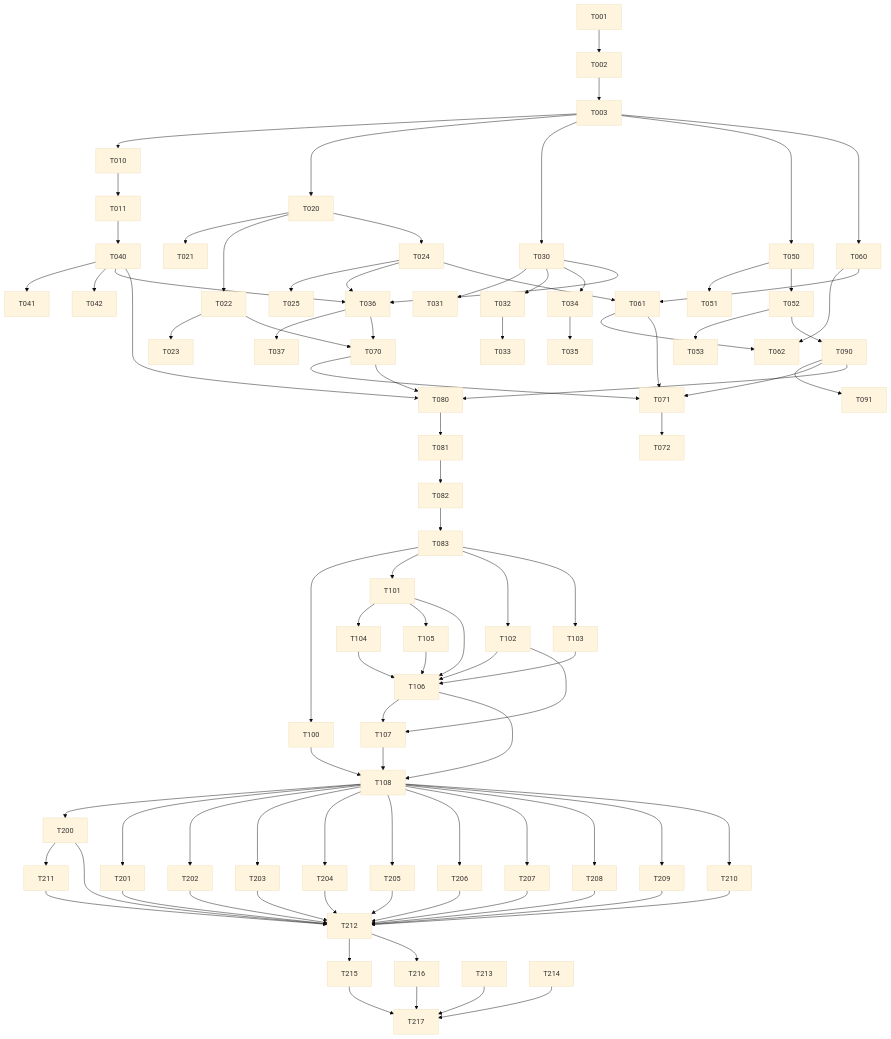
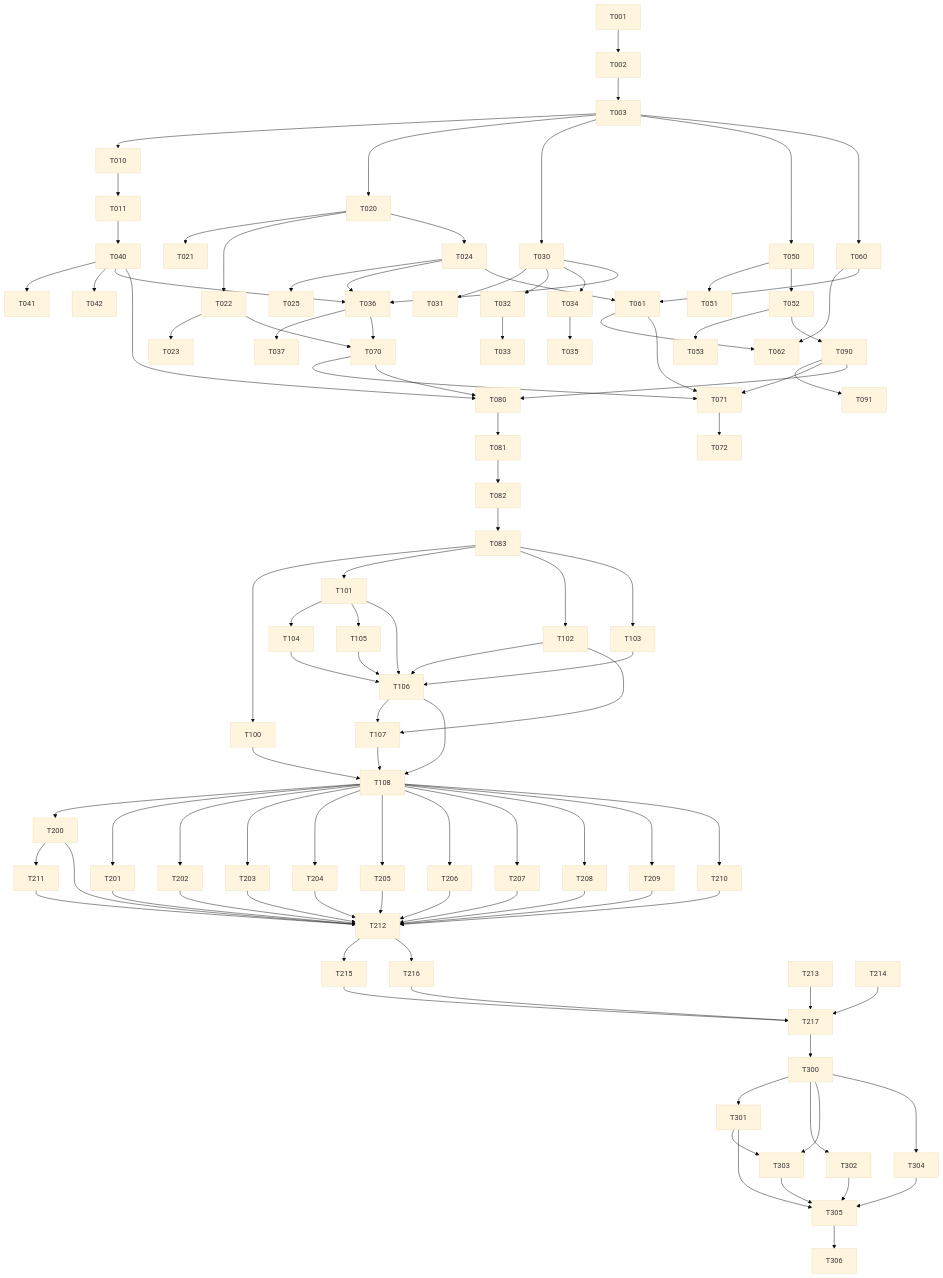
Before and after one commit to cataIystdev/catalib: the diagram in docs/plans/task-plan.md, drawn with Mermaid (base theme). The commit also changed other lines of this file and 3 other files, not shown here.

````diff
--- a/docs/plans/task-plan.md
+++ b/docs/plans/task-plan.md
@@ -846,50 +935,54 @@
 ```mermaid
 graph TD
   T001 --> T002 --> T003
   T003 --> T010 --> T011 --> T040 --> T041
   T040 --> T042
   T003 --> T020 --> T021
   T020 --> T022 --> T023
   T020 --> T024 --> T025
   T003 --> T030 --> T031
   T030 --> T032 --> T033
   T030 --> T034 --> T035
   T030 --> T036 --> T037
   T040 --> T036
   T024 --> T036
   T003 --> T050 --> T051
   T050 --> T052 --> T053
   T003 --> T060 --> T062
   T060 --> T061 --> T062
   T024 --> T061
   T022 --> T070
   T036 --> T070 --> T071 --> T072
   T061 --> T071
   T052 --> T090 --> T091
   T090 --> T071
   T070 --> T080
   T090 --> T080
   T040 --> T080
   T080 --> T081
   T081 --> T082 --> T083
   T083 --> T100
   T083 --> T101 --> T104
   T101 --> T105
   T101 --> T106
   T083 --> T102 --> T106
   T083 --> T103 --> T106
   T104 --> T106
   T105 --> T106
   T102 --> T107
   T106 --> T107
   T100 --> T108
   T106 --> T108
   T107 --> T108
   T108 --> T200 & T201 & T202 & T203 & T204 & T205 & T206 & T207 & T208 & T209 & T210
   T200 --> T211
   T200 & T201 & T202 & T203 & T204 & T205 & T206 & T207 & T208 & T209 & T210 & T211 --> T212
   T212 --> T215 --> T217
   T212 --> T216 --> T217
   T213 --> T217
   T214 --> T217
+  T217 --> T300
+  T300 --> T301 & T302 & T303 & T304
+  T301 --> T303
+  T301 & T302 & T303 & T304 --> T305 --> T306
 ```
````
